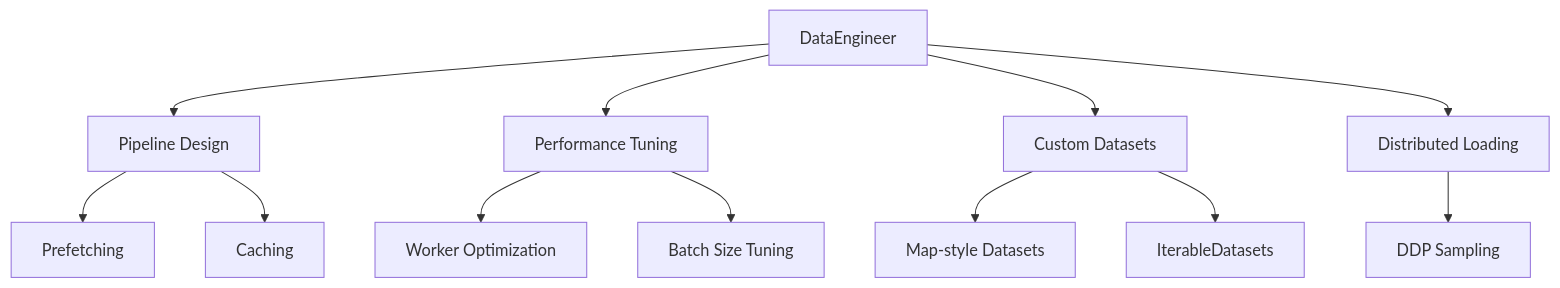
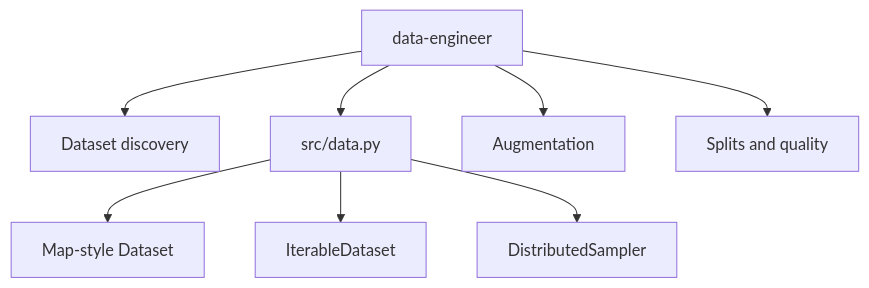
The diagram in .cursor/agents/data-engineer.md (jxtngx/deep-learning-with-cursor), drawn with Mermaid before and after one commit. The commit also changed other lines of this file and 81 other files, not shown here.

````diff
--- a/.cursor/agents/data-engineer.md
+++ b/.cursor/agents/data-engineer.md
@@ -7,15 +12,10 @@
 ```mermaid
 graph TD
-    DE[DataEngineer] --> Pipeline[Pipeline Design]
-    DE --> Tuning[Performance Tuning]
-    DE --> Custom[Custom Datasets]
-    DE --> Distributed[Distributed Loading]
-
-    Pipeline --> Prefetch[Prefetching]
-    Pipeline --> Caching[Caching]
-    Tuning --> Workers[Worker Optimization]
-    Tuning --> BatchSize[Batch Size Tuning]
-    Custom --> MapStyle[Map-style Datasets]
-    Custom --> Iterable[IterableDatasets]
-    Distributed --> DDP[DDP Sampling]
+    DE[data-engineer] --> Discover[Dataset discovery]
+    DE --> Load["src/data.py"]
+    DE --> Transforms[Augmentation]
+    DE --> Quality[Splits and quality]
+    Load --> MapStyle[Map-style Dataset]
+    Load --> Iterable[IterableDataset]
+    Load --> Distributed[DistributedSampler]
 ```
````
